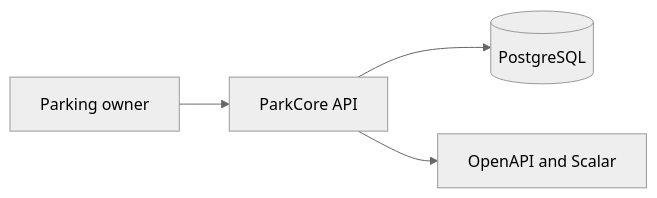
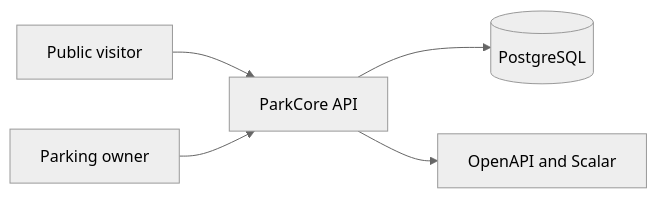
Before and after one commit to acevedo-daniel/parkcore: the diagram in docs/ARCHITECTURE.md, drawn with Mermaid (neutral theme). The commit also changed other lines of this file and 45 other files, not shown here.

````diff
--- a/docs/ARCHITECTURE.md
+++ b/docs/ARCHITECTURE.md
@@ -7,6 +7,7 @@
 ```mermaid
 flowchart LR
-    O[Parking owner] --> API[ParkCore API]
+    P[Public visitor] --> API[ParkCore API]
+    O[Parking owner] --> API
     API --> DB[(PostgreSQL)]
     API --> DOCS[OpenAPI and Scalar]
 ```
````
